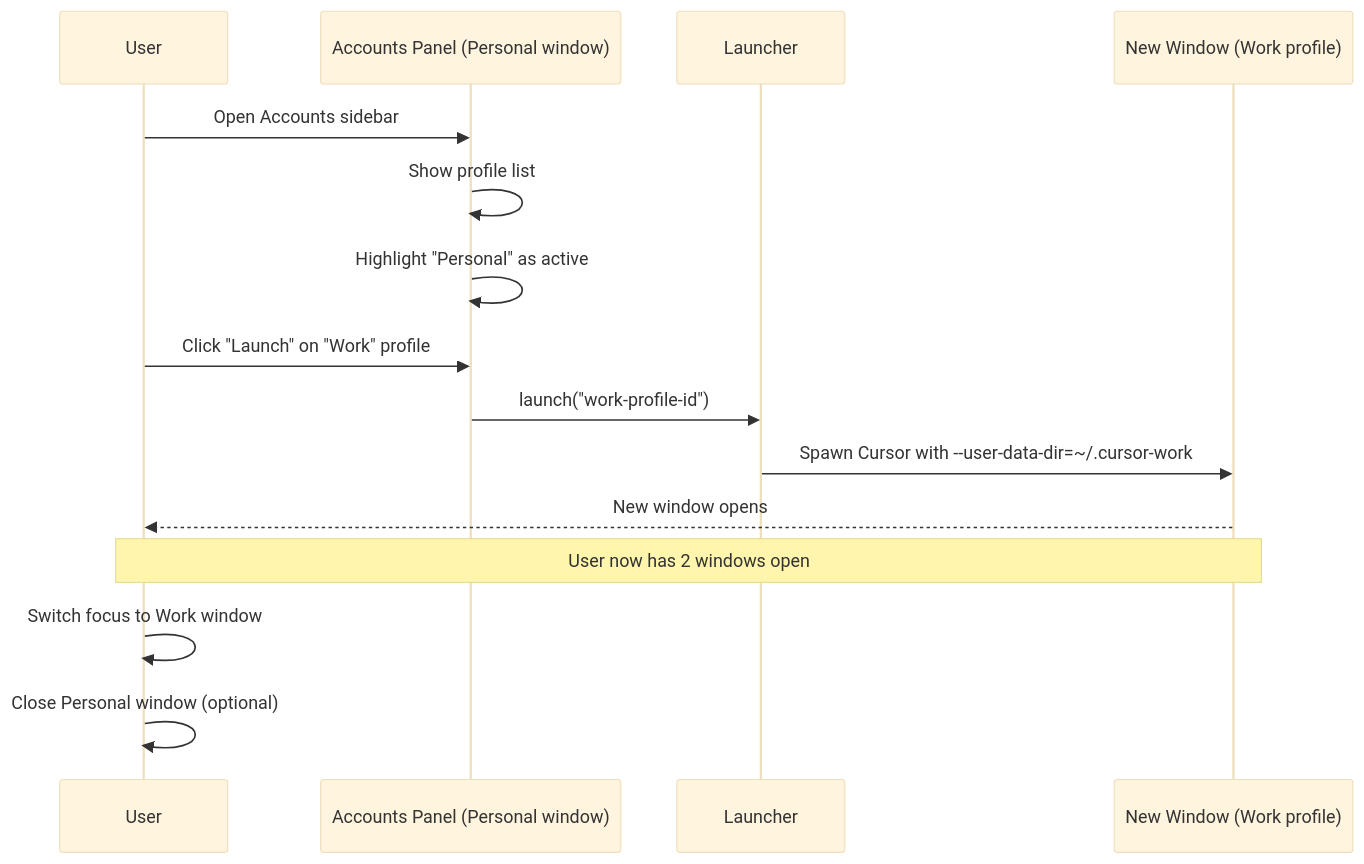
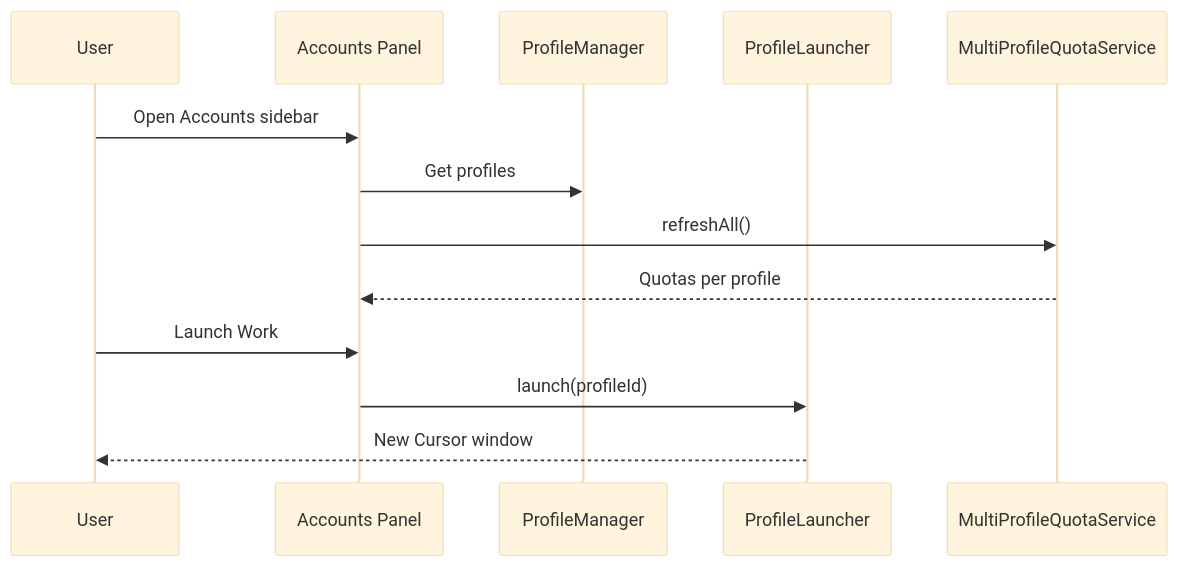
One commit to vypdev/cursor-accounts changed the second of 2 diagrams in docs/FEATURE-MULTI-PROFILE.md. Above: the diagram before and after it, drawn with Mermaid (base theme). The commit also changed other lines of this file and 13 other files, not shown here.

First line of the commit message:
Update documentation and remove obsolete files in Cursor Accounts extension

````diff
--- a/docs/FEATURE-MULTI-PROFILE.md
+++ b/docs/FEATURE-MULTI-PROFILE.md
@@ -509,18 +72,16 @@
 ```mermaid
 sequenceDiagram
     participant User
-    participant Panel as Accounts Panel (Personal window)
-    participant Launcher
-    participant WorkWindow as New Window (Work profile)
-    
+    participant Panel as Accounts Panel
+    participant Manager as ProfileManager
+    participant Launcher as ProfileLauncher
+    participant Quota as MultiProfileQuotaService
+
     User->>Panel: Open Accounts sidebar
-    Panel->>Panel: Show profile list
-    Panel->>Panel: Highlight "Personal" as active
-    User->>Panel: Click "Launch" on "Work" profile
-    Panel->>Launcher: launch("work-profile-id")
-    Launcher->>WorkWindow: Spawn Cursor with --user-data-dir=~/.cursor-work
-    WorkWindow-->>User: New window opens
-    Note over User,WorkWindow: User now has 2 windows open
-    User->>User: Switch focus to Work window
-    User->>User: Close Personal window (optional)
+    Panel->>Manager: Get profiles
+    Panel->>Quota: refreshAll()
+    Quota-->>Panel: Quotas per profile
+    User->>Panel: Launch Work
+    Panel->>Launcher: launch(profileId)
+    Launcher-->>User: New Cursor window
 ```
````
